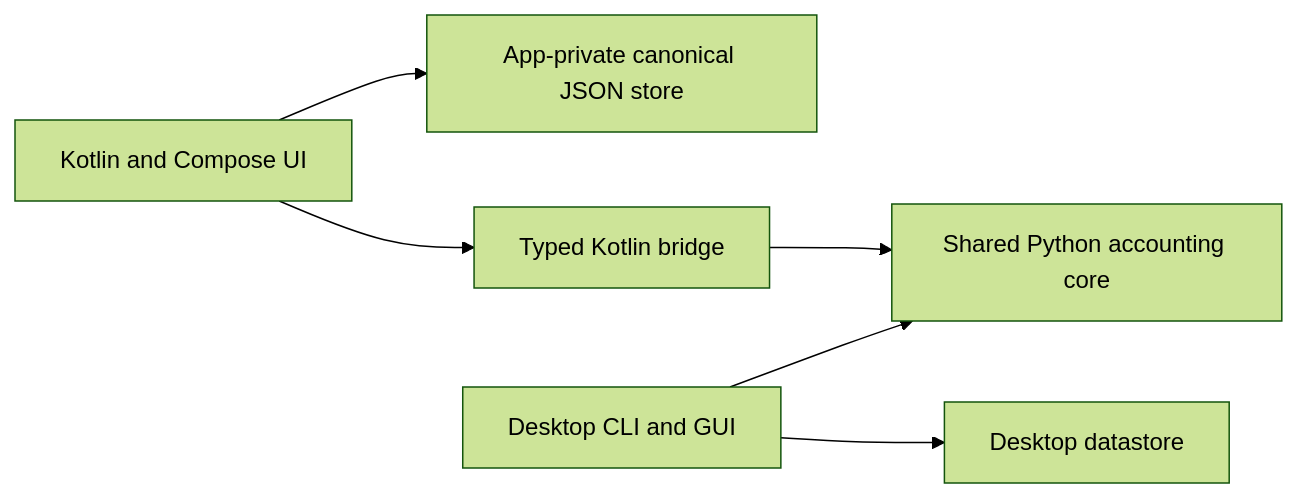
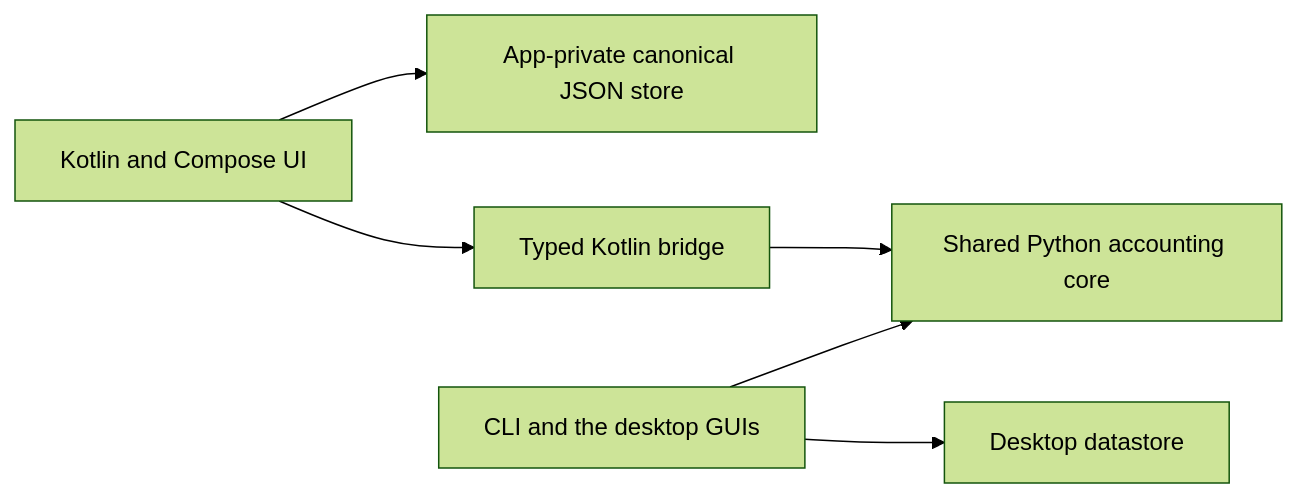
Before and after one commit to joshua-guthrie/use-or-lose: the diagram in android/README.md, drawn with Mermaid (forest theme). The commit also changed 35 other files, not shown here.

````diff
--- a/android/README.md
+++ b/android/README.md
@@ -117,8 +117,8 @@
 ```mermaid
 flowchart LR
     UI[Kotlin and Compose UI] --> Store[App-private canonical JSON store]
     UI --> Bridge[Typed Kotlin bridge]
     Bridge --> Core[Shared Python accounting core]
-    CLI[Desktop CLI and GUI] --> Core
+    CLI[CLI and the desktop GUIs] --> Core
     CLI --> Desktop[Desktop datastore]
 ```
````
